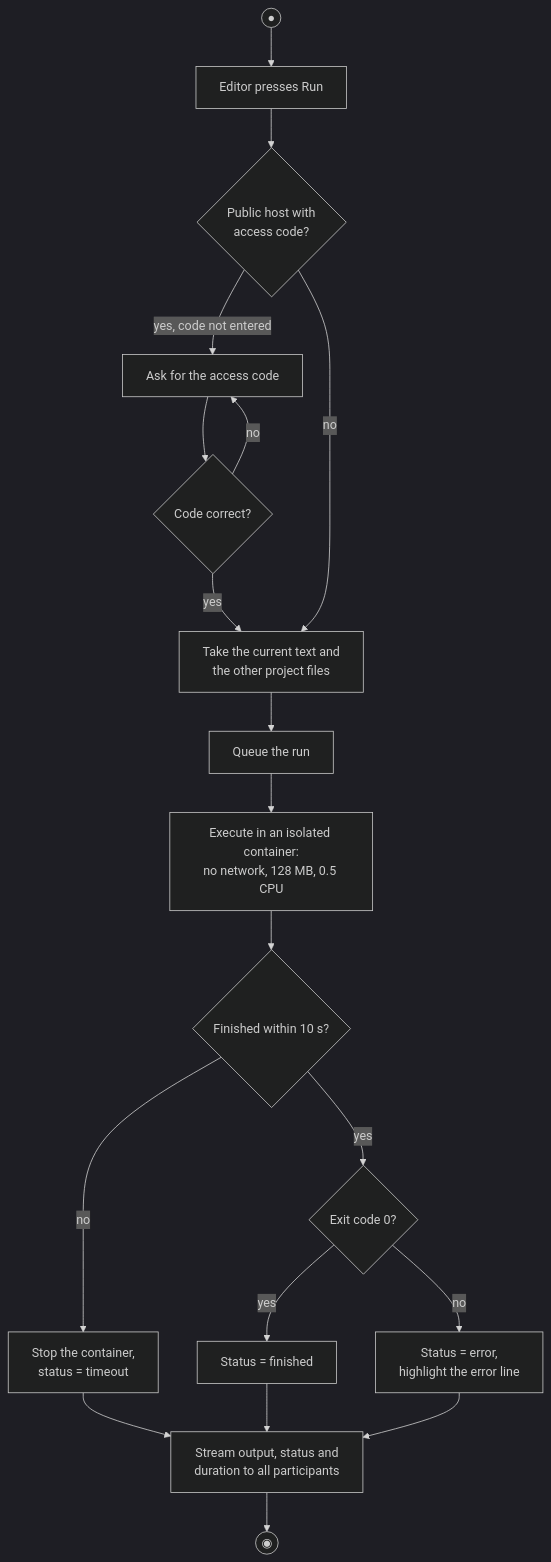
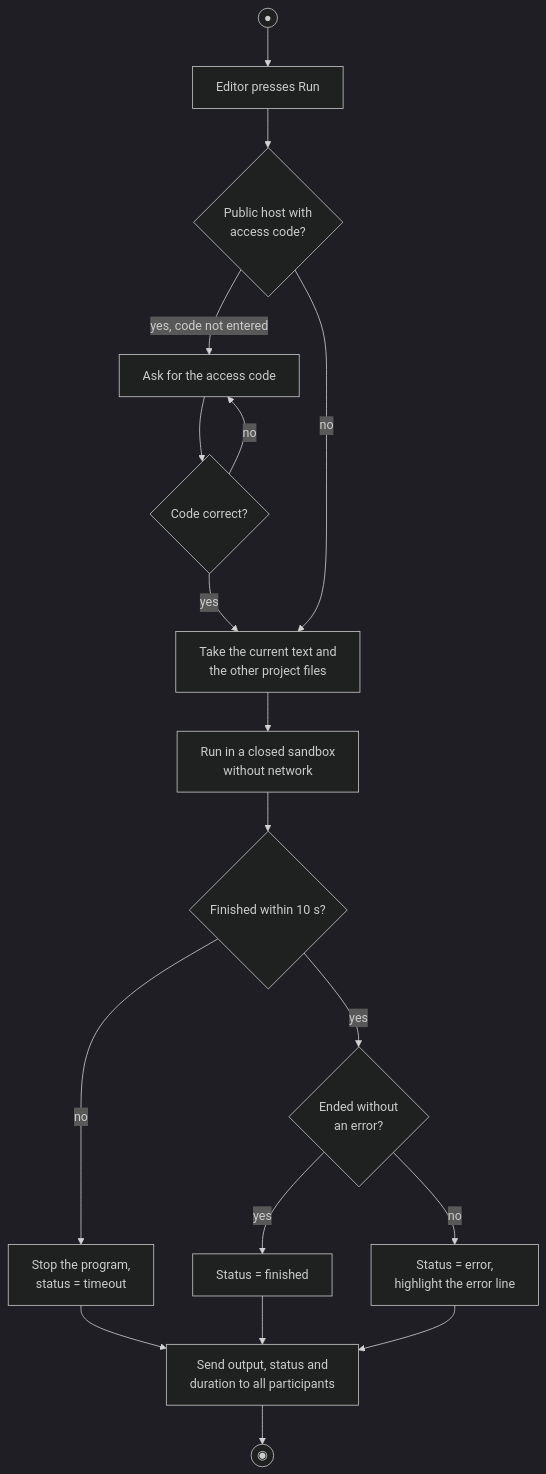
One commit to oCMEXo/my-Diplom changed the diagram in docs/ba/diagrams/activity-uc2.mmd. Above: the diagram before and after it, drawn with Mermaid (dark theme). The commit also changed 16 other files, not shown here.

```diff
--- a/docs/ba/diagrams/activity-uc2.mmd
+++ b/docs/ba/diagrams/activity-uc2.mmd
@@ -1,18 +1,17 @@
 flowchart TB
   s((●)) --> a1[Editor presses Run]
   a1 --> d0{Public host with<br>access code?}
   d0 -- yes, code not entered --> a0[Ask for the access code] --> d0b{Code correct?}
   d0b -- no --> a0
   d0b -- yes --> a2
   d0 -- no --> a2[Take the current text and<br>the other project files]
-  a2 --> a3[Queue the run]
-  a3 --> a4[Execute in an isolated container:<br>no network, 128 MB, 0.5 CPU]
+  a2 --> a4[Run in a closed sandbox<br>without network]
   a4 --> d1{Finished within 10 s?}
-  d1 -- no --> a5[Stop the container,<br>status = timeout]
-  d1 -- yes --> d2{Exit code 0?}
+  d1 -- no --> a5[Stop the program,<br>status = timeout]
+  d1 -- yes --> d2{Ended without<br>an error?}
   d2 -- yes --> a6[Status = finished]
   d2 -- no --> a7[Status = error,<br>highlight the error line]
-  a5 --> a8[Stream output, status and<br>duration to all participants]
+  a5 --> a8[Send output, status and<br>duration to all participants]
   a6 --> a8
   a7 --> a8
   a8 --> e((◉))
```
